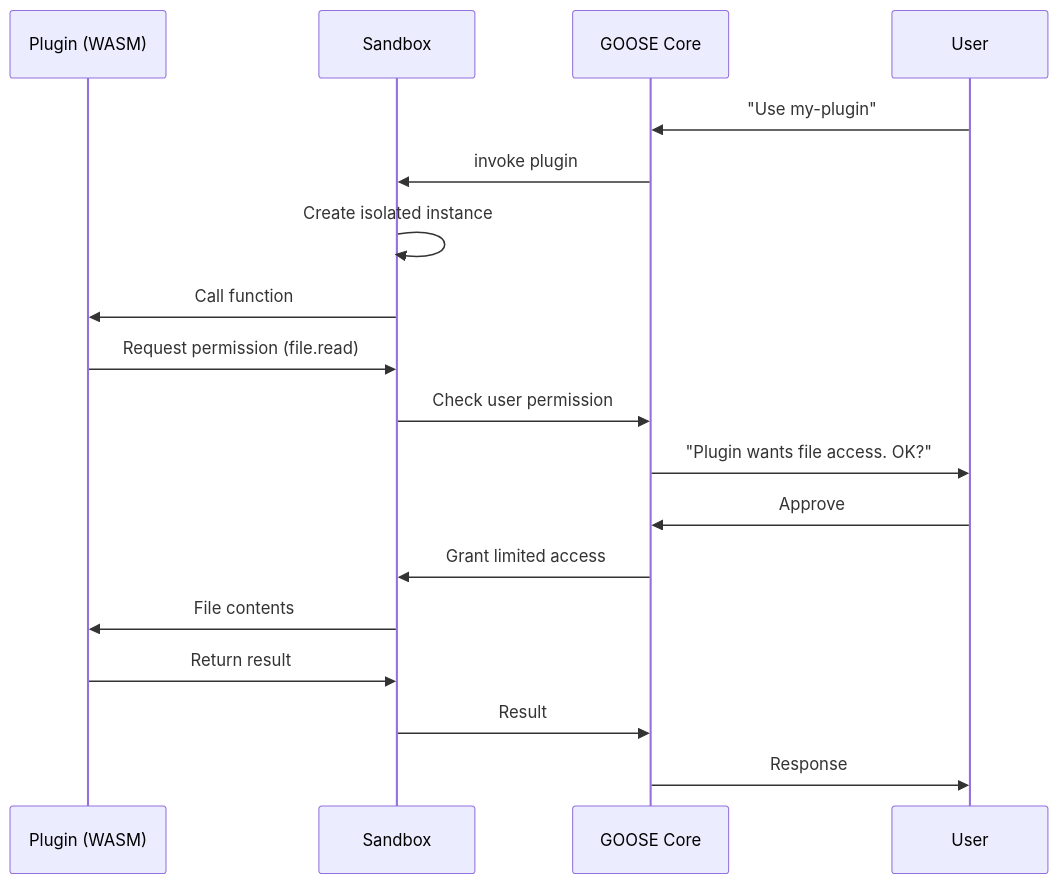
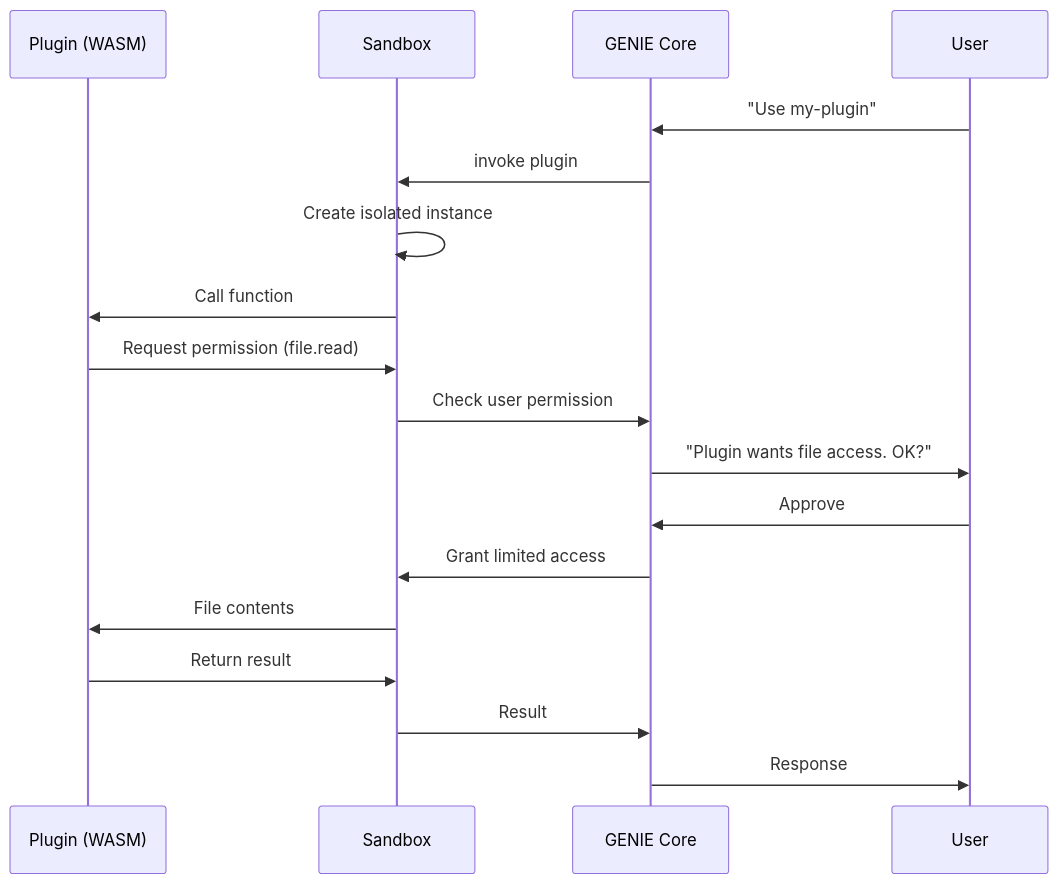
The second of 3 diagrams in .moai/project/ecosystem.md (modu-ai/mink), drawn with Mermaid before and after one commit. The commit also changed other lines of this file and 149 other files, not shown here.

First line of the commit message:
refactor: goose → genie 식별자 전면 치환 (L3 전환 1/2)

````diff
--- a/.moai/project/ecosystem.md
+++ b/.moai/project/ecosystem.md
@@ -443,21 +443,21 @@
 ```mermaid
 sequenceDiagram
     participant P as Plugin (WASM)
     participant S as Sandbox
-    participant G as GOOSE Core
+    participant G as GENIE Core
     participant U as User
     
     U->>G: "Use my-plugin"
     G->>S: invoke plugin
     S->>S: Create isolated instance
     S->>P: Call function
     P->>S: Request permission (file.read)
     S->>G: Check user permission
     G->>U: "Plugin wants file access. OK?"
     U->>G: Approve
     G->>S: Grant limited access
     S->>P: File contents
     P->>S: Return result
     S->>G: Result
     G->>U: Response
 ```
````
